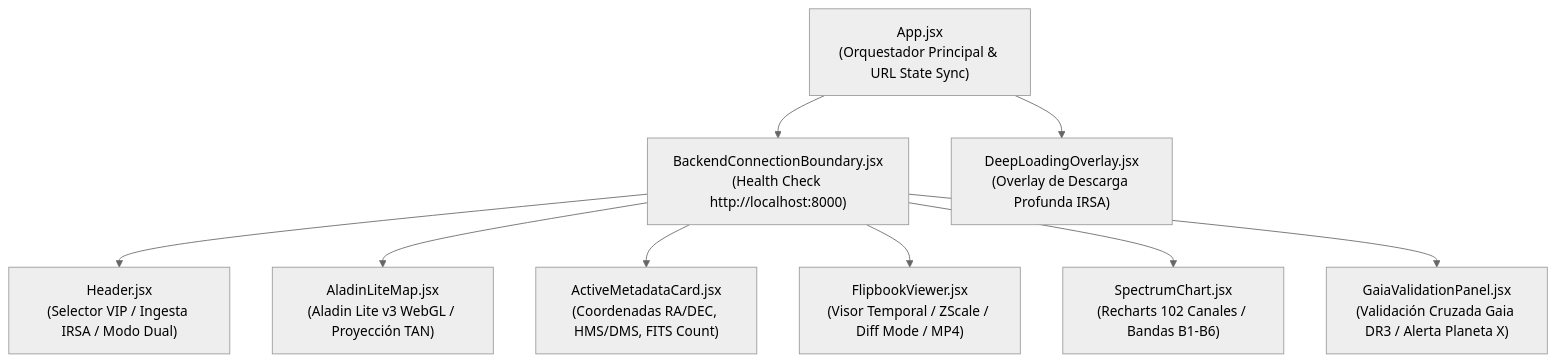
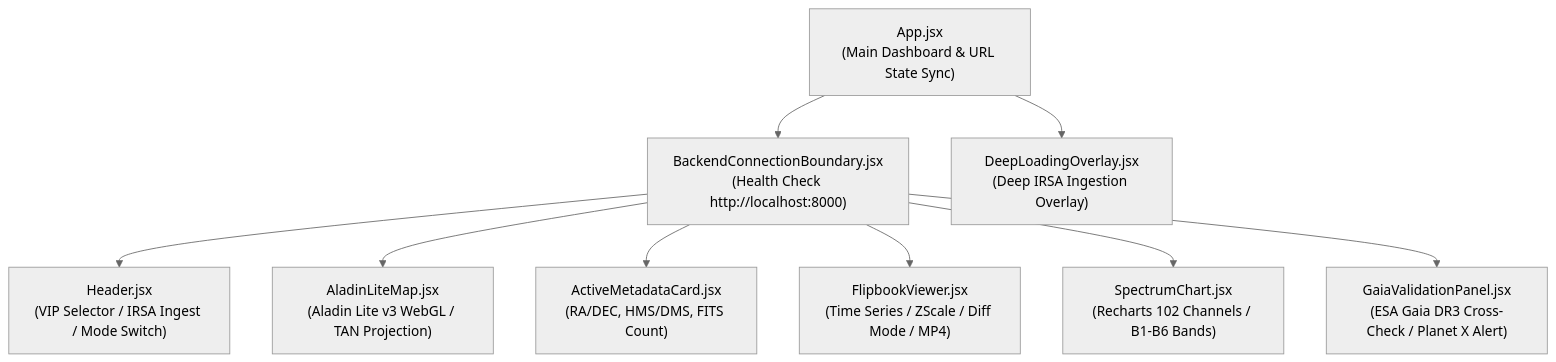
Before and after one commit to Yishaq02/LSAF-NASA: the diagram in frontend/README.md, drawn with Mermaid (neutral theme). The commit also changed other lines of this file and 2 other files, not shown here.

Commit message:
docs: translate and rewrite all architecture documentation to 100% technical English

````diff
--- a/frontend/README.md
+++ b/frontend/README.md
@@ -79,21 +83,21 @@
 ```mermaid
 flowchart TD
-    APP["App.jsx\n(Orquestador Principal & URL State Sync)"]
+    APP["App.jsx\n(Main Dashboard & URL State Sync)"]
     BCB["BackendConnectionBoundary.jsx\n(Health Check http://localhost:8000)"]
-    HDR["Header.jsx\n(Selector VIP / Ingesta IRSA / Modo Dual)"]
-    AL["AladinLiteMap.jsx\n(Aladin Lite v3 WebGL / Proyección TAN)"]
-    AMC["ActiveMetadataCard.jsx\n(Coordenadas RA/DEC, HMS/DMS, FITS Count)"]
-    FB["FlipbookViewer.jsx\n(Visor Temporal / ZScale / Diff Mode / MP4)"]
-    SPEC["SpectrumChart.jsx\n(Recharts 102 Canales / Bandas B1-B6)"]
-    GAIA["GaiaValidationPanel.jsx\n(Validación Cruzada Gaia DR3 / Alerta Planeta X)"]
-    DLO["DeepLoadingOverlay.jsx\n(Overlay de Descarga Profunda IRSA)"]
+    HDR["Header.jsx\n(VIP Selector / IRSA Ingest / Mode Switch)"]
+    AL["AladinLiteMap.jsx\n(Aladin Lite v3 WebGL / TAN Projection)"]
+    AMC["ActiveMetadataCard.jsx\n(RA/DEC, HMS/DMS, FITS Count)"]
+    FB["FlipbookViewer.jsx\n(Time Series / ZScale / Diff Mode / MP4)"]
+    SPEC["SpectrumChart.jsx\n(Recharts 102 Channels / B1-B6 Bands)"]
+    GAIA["GaiaValidationPanel.jsx\n(ESA Gaia DR3 Cross-Check / Planet X Alert)"]
+    DLO["DeepLoadingOverlay.jsx\n(Deep IRSA Ingestion Overlay)"]
 
     APP --> BCB
     BCB --> HDR
     BCB --> AL
     BCB --> AMC
     BCB --> FB
     BCB --> SPEC
     BCB --> GAIA
     APP --> DLO
 ```
````
